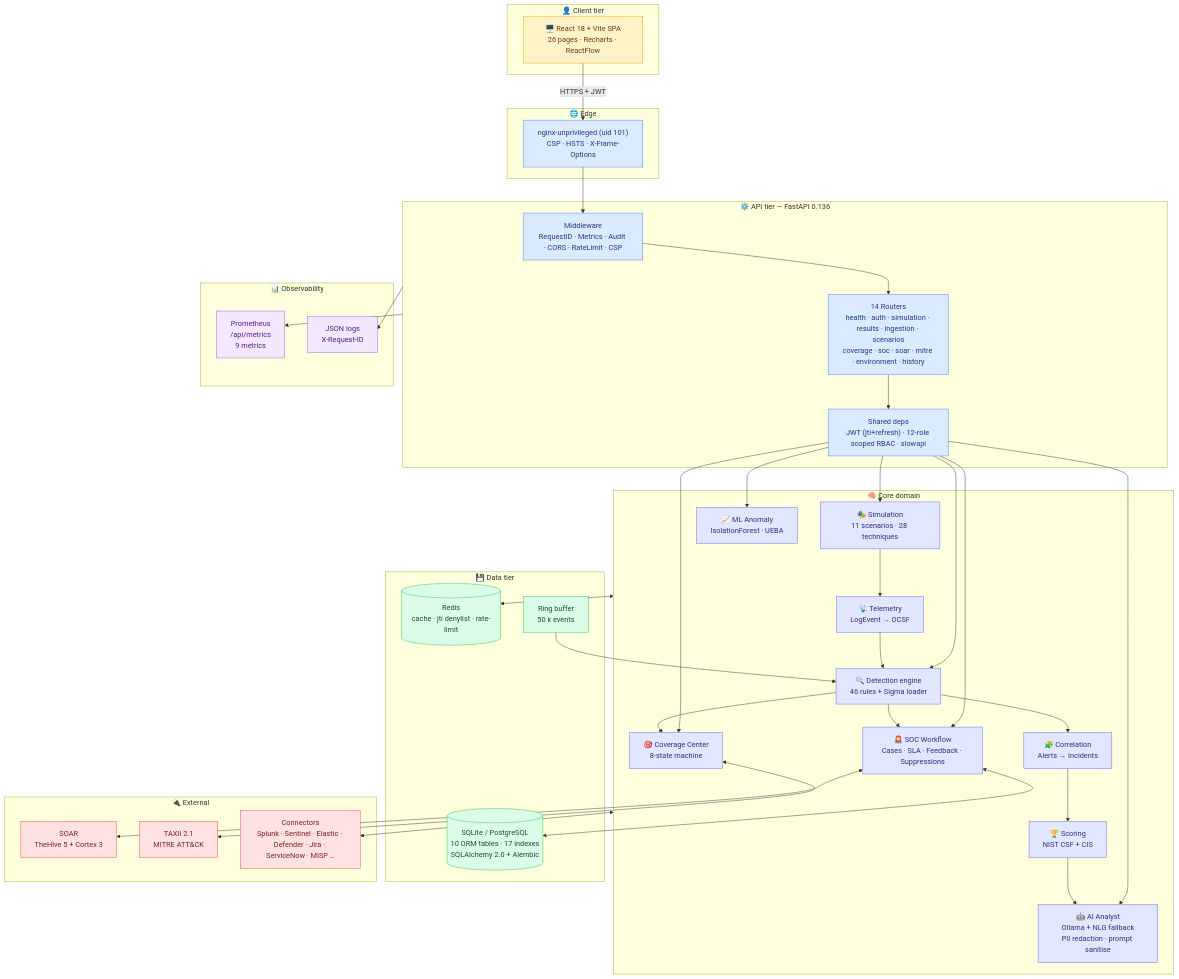
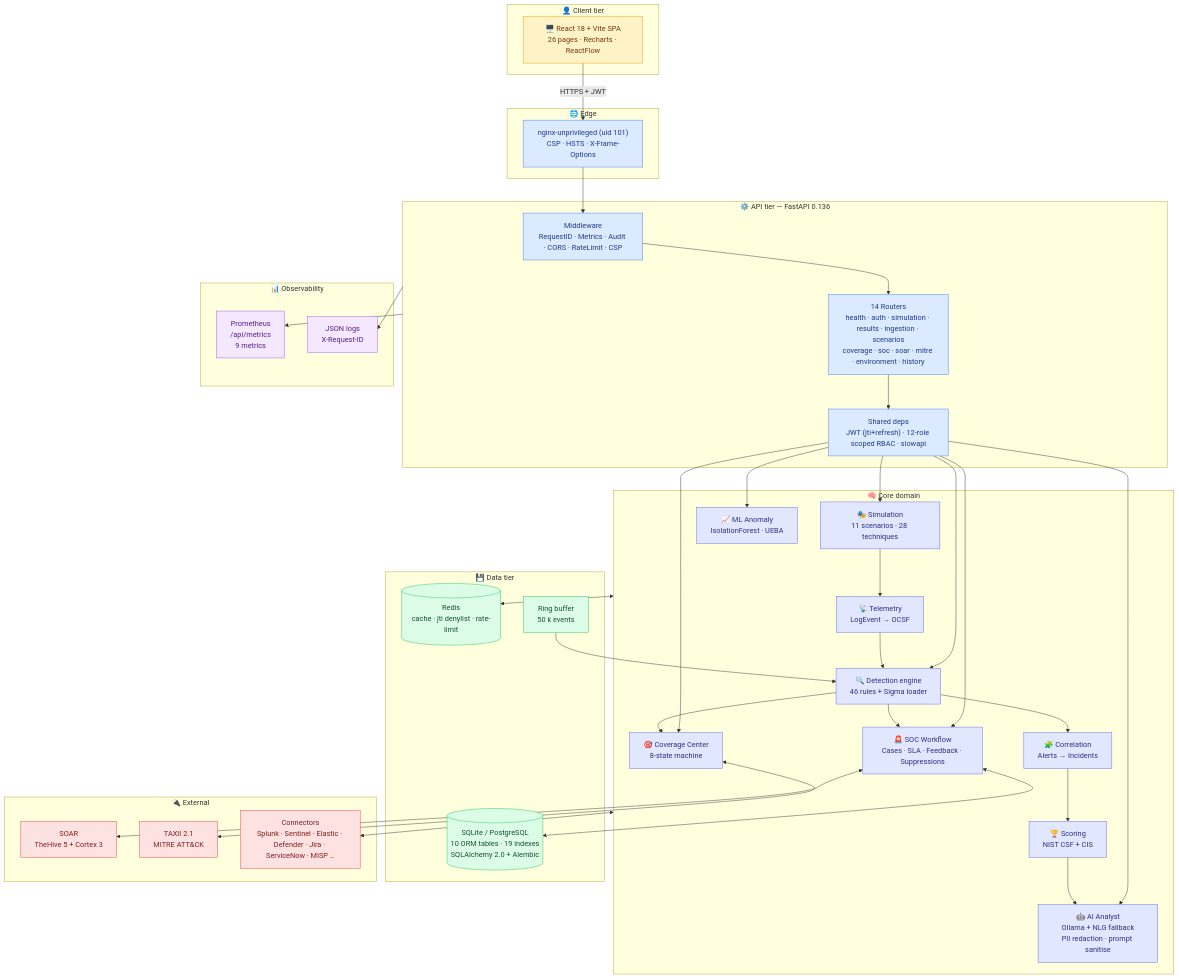
One commit to omarbabba779xx/CyberTwin-SOC changed the fourth of 19 diagrams in README.md. Above: the diagram before and after it, drawn with Mermaid. The commit also changed other lines of this file, not shown here.

First line of the commit message:
fix(readme): replace gitGraph with timeline (renders reliably on GitHub)

````diff
--- a/README.md
+++ b/README.md
@@ -275,72 +278,72 @@
 ```mermaid
 flowchart TB
     subgraph Client["👤 Client tier"]
         UI["🖥️ React 18 + Vite SPA<br/>26 pages · Recharts · ReactFlow"]
     end
 
     subgraph Edge["🌐 Edge"]
         NX["nginx-unprivileged (uid 101)<br/>CSP · HSTS · X-Frame-Options"]
     end
 
     subgraph API["⚙️ API tier — FastAPI 0.136"]
         MW["Middleware<br/>RequestID · Metrics · Audit · CORS · RateLimit · CSP"]
         ROUT["14 Routers<br/>health · auth · simulation · results · ingestion · scenarios<br/>coverage · soc · soar · mitre · environment · history"]
         DEPS["Shared deps<br/>JWT (jti+refresh) · 12-role scoped RBAC · slowapi"]
     end
 
     subgraph Core["🧠 Core domain"]
         SIM["🎭 Simulation<br/>11 scenarios · 28 techniques"]
         TEL["📡 Telemetry<br/>LogEvent → OCSF"]
         DET["🔍 Detection engine<br/>46 rules + Sigma loader"]
         COR["🧩 Correlation<br/>Alerts → Incidents"]
         SCO["🏆 Scoring<br/>NIST CSF + CIS"]
         AI["🤖 AI Analyst<br/>Ollama + NLG fallback<br/>PII redaction · prompt sanitise"]
         ANO["📈 ML Anomaly<br/>IsolationForest · UEBA"]
         SOC["🚨 SOC Workflow<br/>Cases · SLA · Feedback · Suppressions"]
         COV["🎯 Coverage Center<br/>8-state machine"]
     end
 
     subgraph Data["💾 Data tier"]
-        DB[("SQLite / PostgreSQL<br/>10 ORM tables · 17 indexes<br/>SQLAlchemy 2.0 + Alembic")]
+        DB[("SQLite / PostgreSQL<br/>10 ORM tables · 19 indexes<br/>SQLAlchemy 2.0 + Alembic")]
         REDIS[("Redis<br/>cache · jti denylist · rate-limit")]
         BUF["Ring buffer<br/>50 k events"]
     end
 
     subgraph Obs["📊 Observability"]
         PROM["Prometheus<br/>/api/metrics<br/>9 metrics"]
         LOG["JSON logs<br/>X-Request-ID"]
     end
 
     subgraph Ext["🔌 External"]
         SOAR["SOAR<br/>TheHive 5 + Cortex 3"]
         TAXII["TAXII 2.1<br/>MITRE ATT&CK"]
         CONN["Connectors<br/>Splunk · Sentinel · Elastic · Defender · Jira · ServiceNow · MISP …"]
     end
 
     UI -->|HTTPS + JWT| NX --> MW --> ROUT --> DEPS
     DEPS --> SIM & DET & SOC & COV & AI & ANO
     SIM --> TEL --> DET --> COR --> SCO --> AI
     DET --> SOC
     BUF --> DET
     SOC <--> DB
     DET --> COV
     Core <--> REDIS
     API --> PROM & LOG
     SOC <--> SOAR
     COV <--> TAXII
     Core <--> CONN
 
     classDef client fill:#fef3c7,stroke:#f59e0b,color:#78350f
     classDef api fill:#dbeafe,stroke:#3b82f6,color:#1e3a8a
     classDef core fill:#e0e7ff,stroke:#6366f1,color:#312e81
     classDef data fill:#dcfce7,stroke:#22c55e,color:#14532d
     classDef obs fill:#f3e8ff,stroke:#a855f7,color:#581c87
     classDef ext fill:#fee2e2,stroke:#ef4444,color:#7f1d1d
 
     class UI client
     class NX,MW,ROUT,DEPS api
     class SIM,TEL,DET,COR,SCO,AI,ANO,SOC,COV core
     class DB,REDIS,BUF data
     class PROM,LOG obs
     class SOAR,TAXII,CONN ext
 ```
````
